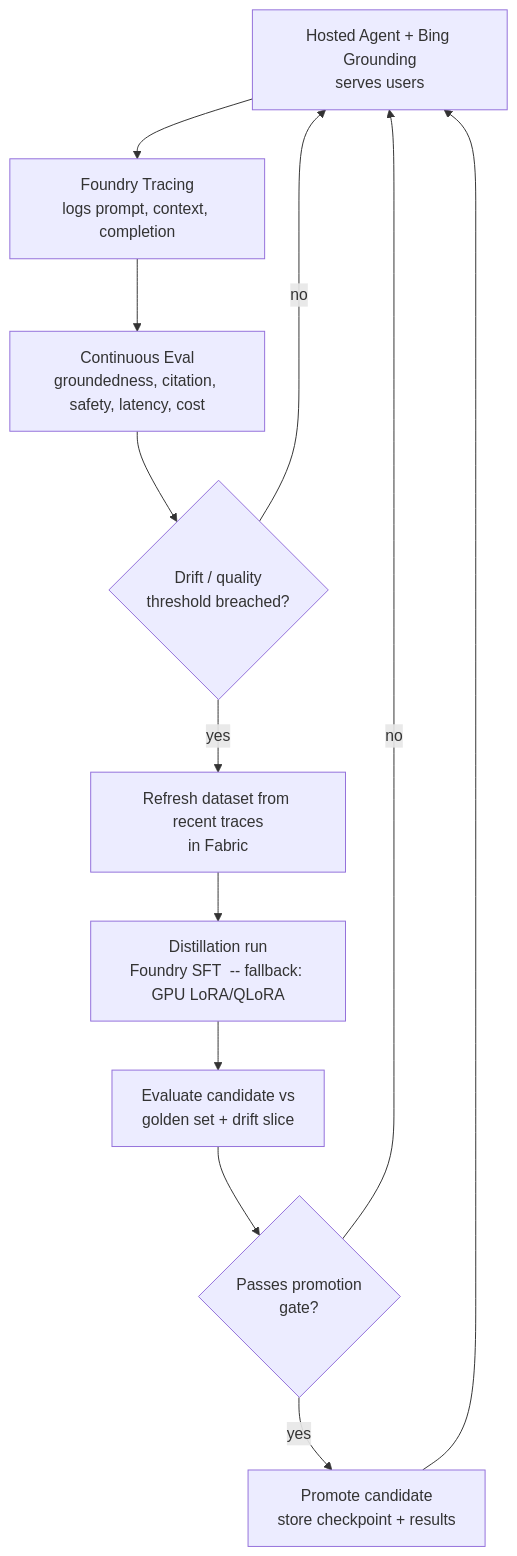
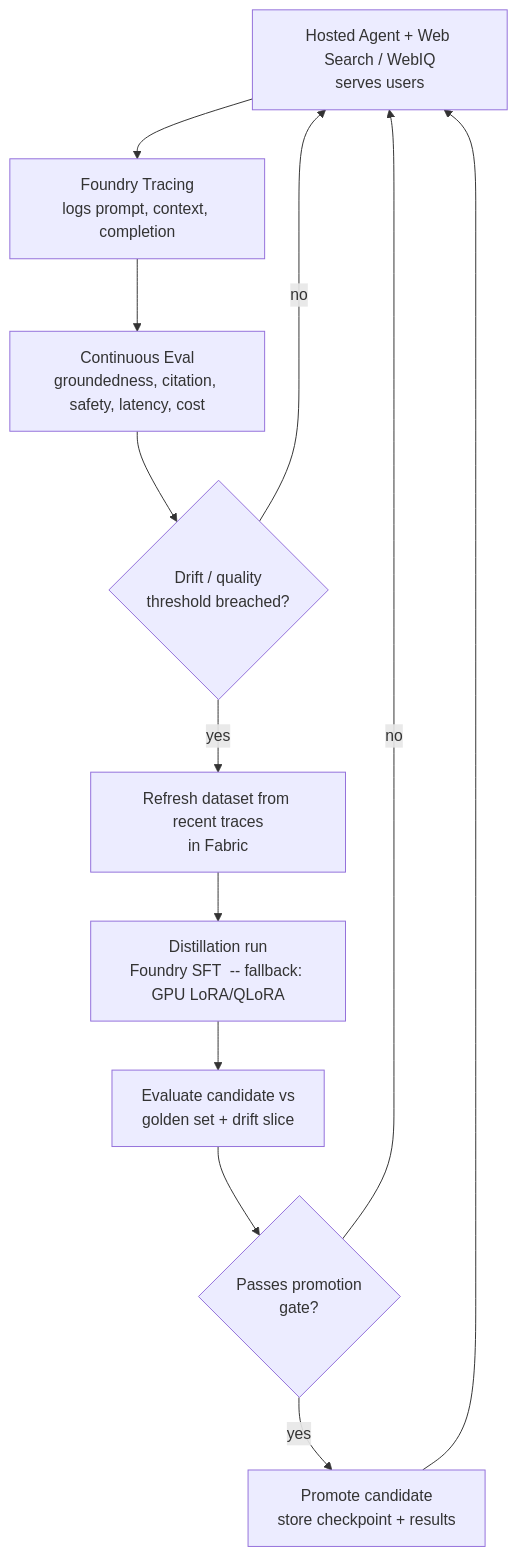
Before and after one commit to jdelgado1/llops: the diagram in docs/distillation-loop.md, drawn with Mermaid. The commit also changed other lines of this file and 20 other files, not shown here.

````diff
--- a/docs/distillation-loop.md
+++ b/docs/distillation-loop.md
@@ -48,14 +56,14 @@
 ```mermaid
 flowchart TD
-    A[Hosted Agent + Bing Grounding<br/>serves users] --> B[Foundry Tracing<br/>logs prompt, context, completion]
+    A[Hosted Agent + Web Search / WebIQ<br/>serves users] --> B[Foundry Tracing<br/>logs prompt, context, completion]
     B --> C[Continuous Eval<br/>groundedness, citation, safety, latency, cost]
     C --> D{Drift / quality<br/>threshold breached?}
     D -- no --> A
     D -- yes --> E[Refresh dataset from recent traces<br/>in Fabric]
     E --> F[Distillation run<br/>Foundry SFT  -- fallback: GPU LoRA/QLoRA]
     F --> G[Evaluate candidate vs<br/>golden set + drift slice]
     G --> H{Passes promotion<br/>gate?}
     H -- no --> A
     H -- yes --> I[Promote candidate<br/>store checkpoint + results]
     I --> A
 ```
````
